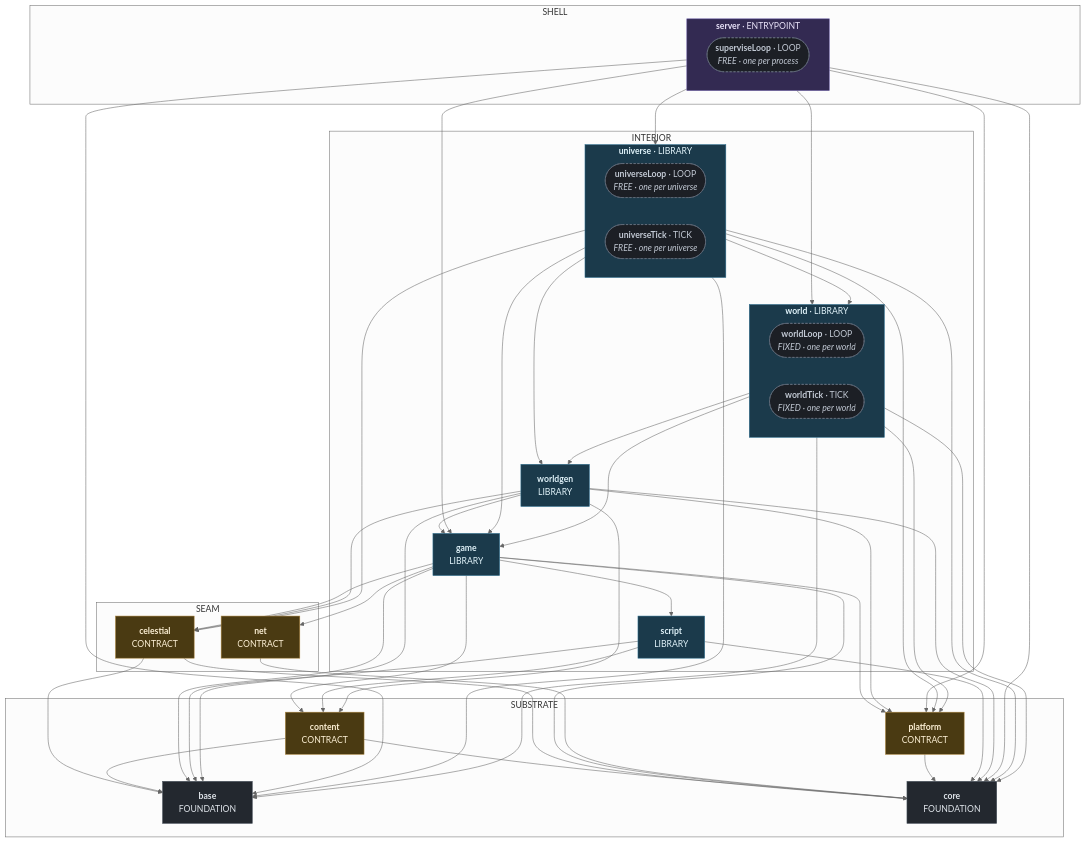
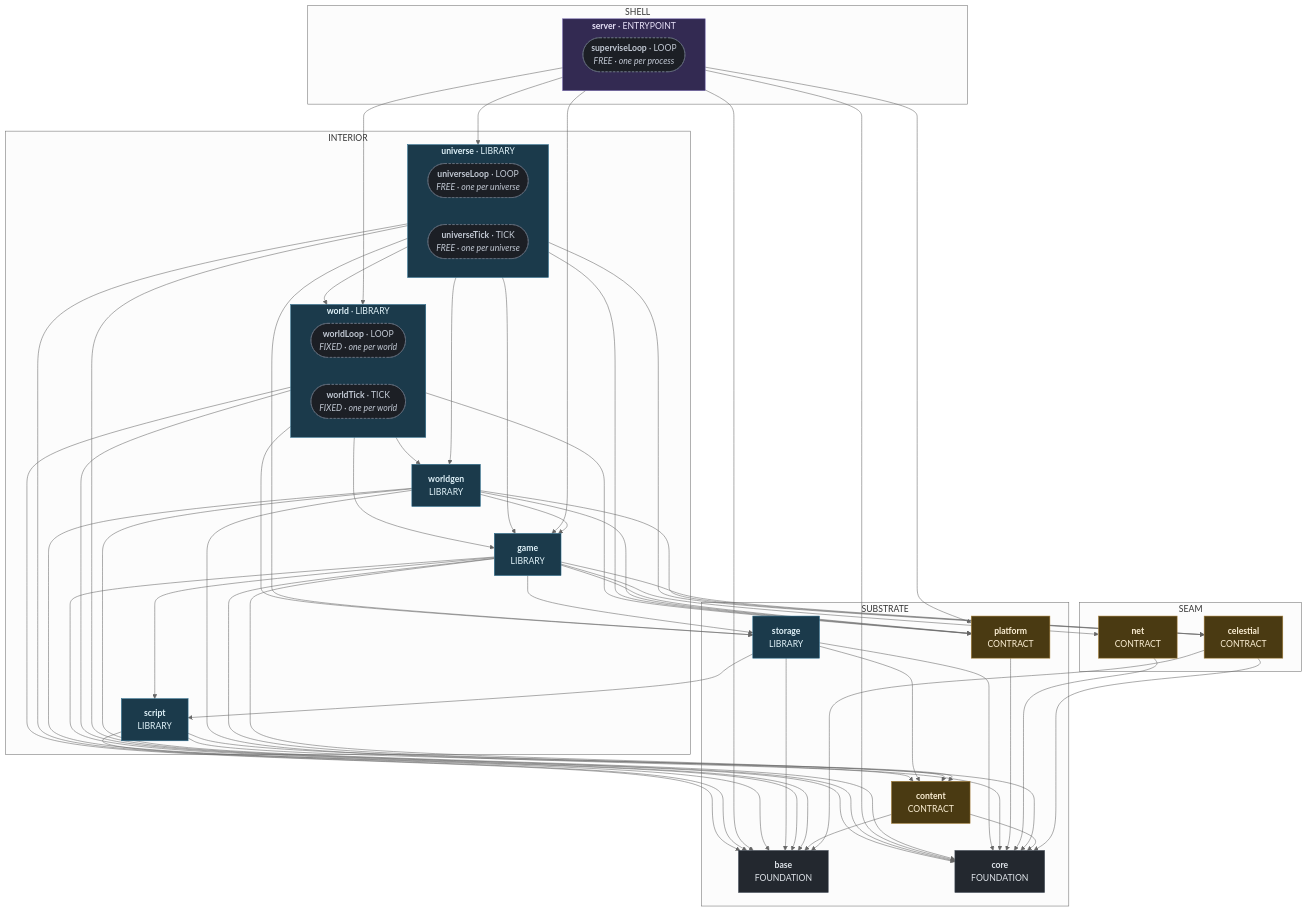
One commit to apnex/OpenStarbound changed the ninth of 10 diagrams in docs/superpowers/specs/2026-08-01-sovereign-headless-client-design.md. Above: the diagram before and after it, drawn with Mermaid (neutral theme). The commit also changed other lines of this file and 3 other files, not shown here.

````diff
--- a/docs/superpowers/specs/2026-08-01-sovereign-headless-client-design.md
+++ b/docs/superpowers/specs/2026-08-01-sovereign-headless-client-design.md
@@ -2383,6 +2441,7 @@
     content["<b>content</b><br/>CONTRACT"]
     core["<b>core</b><br/>FOUNDATION"]
     platform["<b>platform</b><br/>CONTRACT"]
+    storage["<b>storage</b><br/>LIBRARY"]
   end
   subgraph Z_SEAM ["SEAM"]
     celestial["<b>celestial</b><br/>CONTRACT"]
@@ -2417,6 +2476,7 @@
   game --> net
   game --> platform
   game --> script
+  game --> storage
   net --> core
   platform --> core
   script --> base
@@ -2428,17 +2488,23 @@
   server --> platform
   server --> universe
   server --> world
+  storage --> base
+  storage --> content
+  storage --> core
+  storage --> script
   universe --> base
   universe --> celestial
   universe --> core
   universe --> game
   universe --> platform
+  universe --> storage
   universe --> world
   universe --> worldgen
   world --> base
   world --> core
   world --> game
   world --> platform
+  world --> storage
   world --> worldgen
   worldgen --> base
   worldgen --> celestial
@@ -2454,7 +2520,7 @@
   classDef kElement fill:#1c1f25,stroke:#6b7482,color:#c2c9d4,stroke-dasharray:4 3
   class base,core kFoundation
   class celestial,content,net,platform kContract
-  class game,script,universe,world,worldgen kLibrary
+  class game,script,storage,universe,world,worldgen kLibrary
   class server kEntrypoint
   class server_superviseLoop,universe_universeLoop,universe_universeTick,world_worldLoop,world_worldTick kElement
 ```
````
